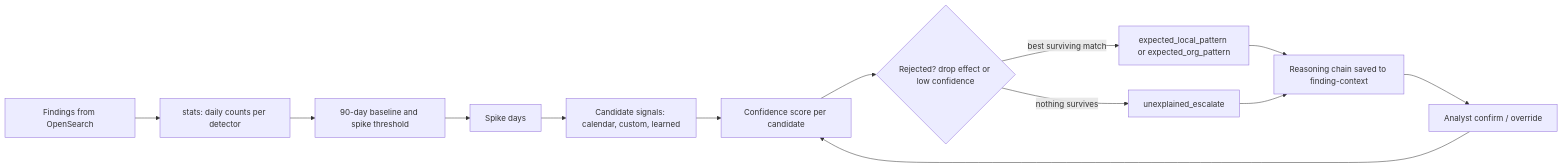
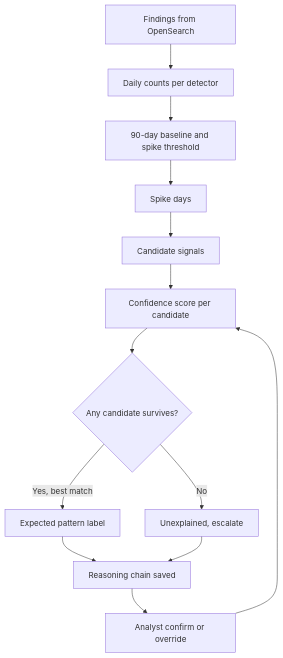
The diagram in README.md (bekannr/zemen-temporal-context-engine), drawn with Mermaid before and after one commit.

Commit message:
Update flowchart format in README.md

````diff
--- a/README.md
+++ b/README.md
@@ -68,15 +68,15 @@
 ```mermaid
-flowchart LR
-    A["Findings from OpenSearch"] --> B["stats: daily counts per detector"]
-    B --> C["90-day baseline and spike threshold"]
-    C --> D["Spike days"]
-    D --> E["Candidate signals: calendar, custom, learned"]
-    E --> F["Confidence score per candidate"]
-    F --> G{"Rejected? drop effect or low confidence"}
-    G -- "best surviving match" --> H["expected_local_pattern or expected_org_pattern"]
-    G -- "nothing survives" --> I["unexplained_escalate"]
-    H --> J["Reasoning chain saved to finding-context"]
+flowchart TD
+    A[Findings from OpenSearch] --> B[Daily counts per detector]
+    B --> C[90-day baseline and spike threshold]
+    C --> D[Spike days]
+    D --> E[Candidate signals]
+    E --> F[Confidence score per candidate]
+    F --> G{Any candidate survives?}
+    G -->|Yes, best match| H[Expected pattern label]
+    G -->|No| I[Unexplained, escalate]
+    H --> J[Reasoning chain saved]
     I --> J
-    J --> K["Analyst confirm / override"]
+    J --> K[Analyst confirm or override]
     K --> F
 ```
````
